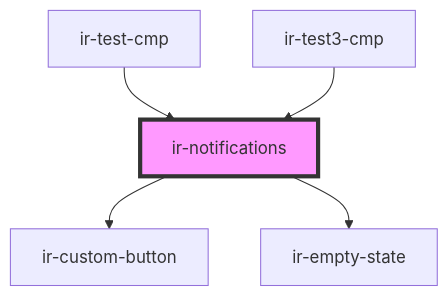
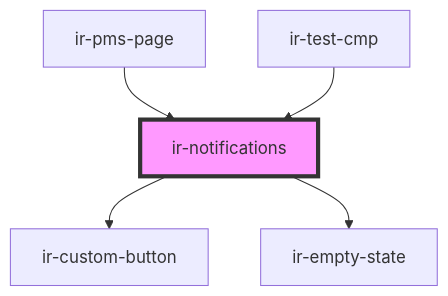
Before and after one commit to RonyRizk/ir-webcmp: the diagram in src/components/ir-notifications/readme.md, drawn with Mermaid. The commit also changed other lines of this file and 98 other files, not shown here.

````diff
--- a/src/components/ir-notifications/readme.md
+++ b/src/components/ir-notifications/readme.md
@@ -35,8 +35,8 @@
 ```mermaid
 graph TD;
   ir-notifications --> ir-custom-button
   ir-notifications --> ir-empty-state
+  ir-pms-page --> ir-notifications
   ir-test-cmp --> ir-notifications
-  ir-test3-cmp --> ir-notifications
   style ir-notifications fill:#f9f,stroke:#333,stroke-width:4px
 ```
````
